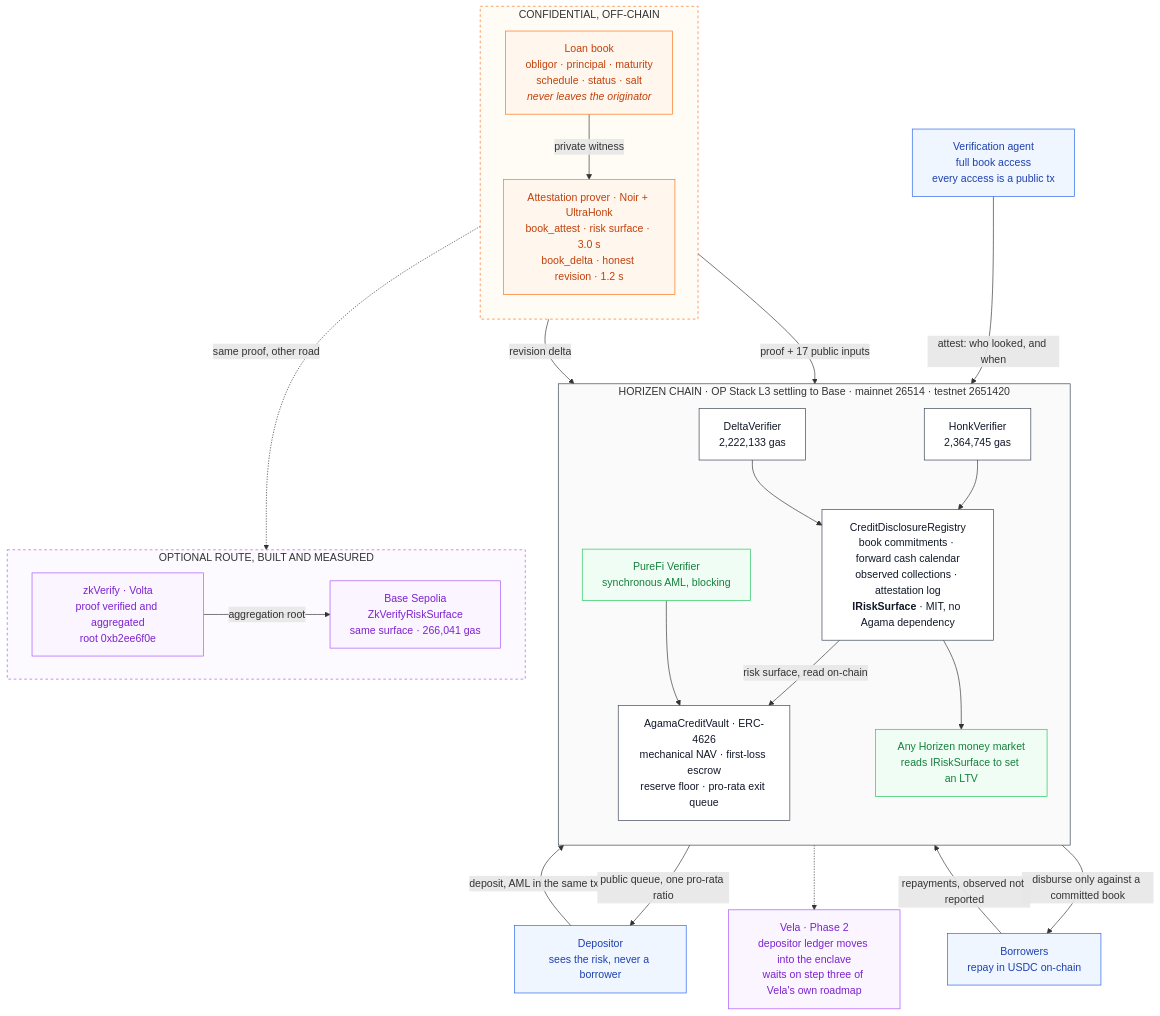
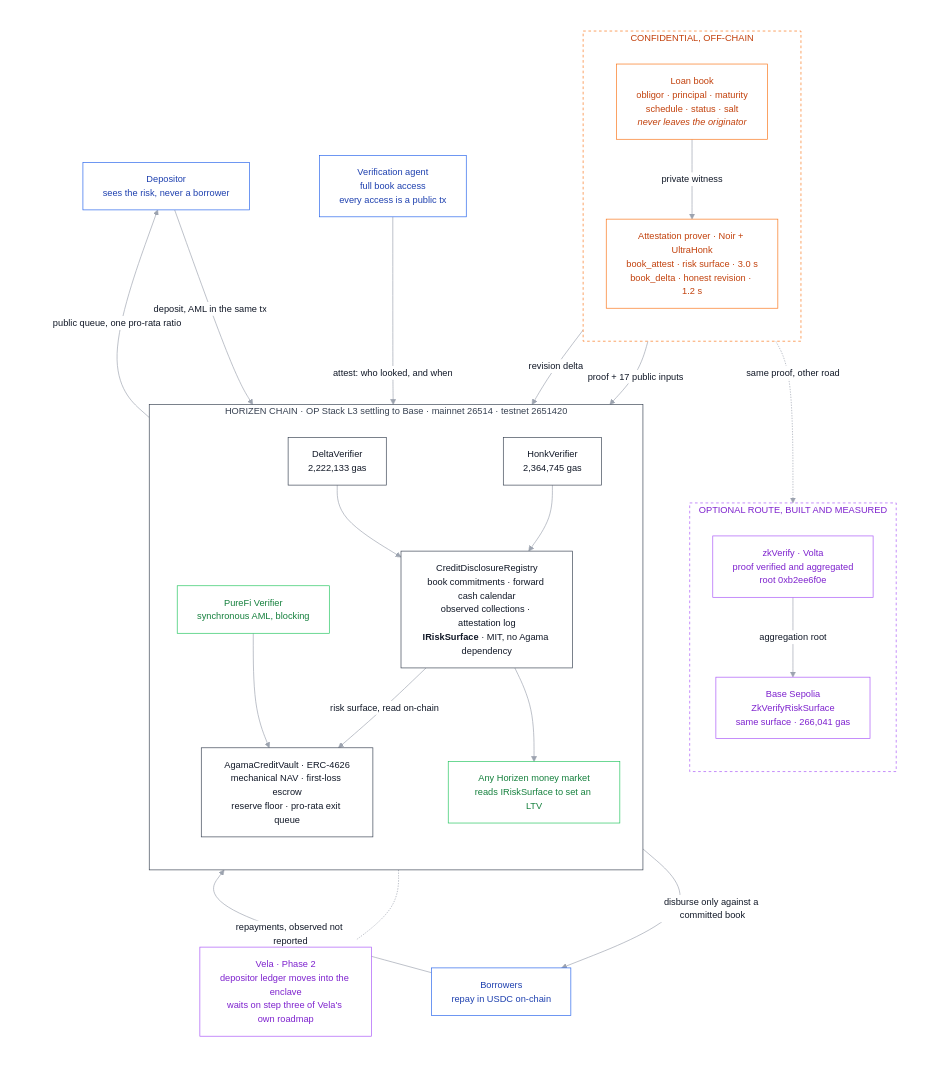
The diagram in README.md (agamafinance/agama-horizen), drawn with Mermaid before and after one commit.

Commit message:
README: one white canvas for the flowchart
GitHub dark mode rendered each subgraph as a separate white rectangle on
black, with unreadable edge labels. Everything now sits inside a single
white group, borders carry the grouping instead of fills.

````diff
--- a/README.md
+++ b/README.md
@@ -50,66 +50,70 @@
 ```mermaid
+%%{init: {'theme':'base','themeVariables':{'background':'#ffffff','primaryColor':'#ffffff','primaryTextColor':'#111827','primaryBorderColor':'#374151','lineColor':'#9ca3af','edgeLabelBackground':'#ffffff','tertiaryColor':'#ffffff','clusterBkg':'#ffffff','clusterBorder':'#d1d5db','titleColor':'#111827','fontSize':'14px'}}}%%
 flowchart TB
+  subgraph canvas[" "]
+    direction TB
+
     subgraph offchain["CONFIDENTIAL, OFF-CHAIN"]
-        direction TB
-        BOOK["Loan book<br/>obligor · principal · maturity<br/>schedule · status · salt<br/><i>never leaves the originator</i>"]
-        PROVER["Attestation prover · Noir + UltraHonk<br/>book_attest · risk surface · 3.0 s<br/>book_delta · honest revision · 1.2 s"]
-        BOOK -->|"private witness"| PROVER
+      direction TB
+      BOOK["Loan book<br/>obligor · principal · maturity<br/>schedule · status · salt<br/><i>never leaves the originator</i>"]
+      PROVER["Attestation prover · Noir + UltraHonk<br/>book_attest · risk surface · 3.0 s<br/>book_delta · honest revision · 1.2 s"]
+      BOOK -->|"private witness"| PROVER
     end
 
     subgraph horizen["HORIZEN CHAIN · OP Stack L3 settling to Base · mainnet 26514 · testnet 2651420"]
-        direction TB
-        HONK["HonkVerifier<br/>2,364,745 gas"]
-        DELTA["DeltaVerifier<br/>2,222,133 gas"]
-        REGISTRY["CreditDisclosureRegistry<br/>book commitments · forward cash calendar<br/>observed collections · attestation log<br/><b>IRiskSurface</b> · MIT, no Agama dependency"]
-        VAULT["AgamaCreditVault · ERC-4626<br/>mechanical NAV · first-loss escrow<br/>reserve floor · pro-rata exit queue"]
-        PUREFI["PureFi Verifier<br/>synchronous AML, blocking"]
-        MARKET["Any Horizen money market<br/>reads IRiskSurface to set an LTV"]
+      direction TB
+      HONK["HonkVerifier<br/>2,364,745 gas"]
+      DELTA["DeltaVerifier<br/>2,222,133 gas"]
+      REGISTRY["CreditDisclosureRegistry<br/>book commitments · forward cash calendar<br/>observed collections · attestation log<br/><b>IRiskSurface</b> · MIT, no Agama dependency"]
+      VAULT["AgamaCreditVault · ERC-4626<br/>mechanical NAV · first-loss escrow<br/>reserve floor · pro-rata exit queue"]
+      PUREFI["PureFi Verifier<br/>synchronous AML, blocking"]
+      MARKET["Any Horizen money market<br/>reads IRiskSurface to set an LTV"]
 
-        HONK --> REGISTRY
-        DELTA --> REGISTRY
-        REGISTRY -->|"risk surface, read on-chain"| VAULT
-        REGISTRY --> MARKET
-        PUREFI --> VAULT
+      HONK --> REGISTRY
+      DELTA --> REGISTRY
+      REGISTRY -->|"risk surface, read on-chain"| VAULT
+      REGISTRY --> MARKET
+      PUREFI --> VAULT
+    end
+
+    subgraph optional["OPTIONAL ROUTE, BUILT AND MEASURED"]
+      direction TB
+      ZKV["zkVerify · Volta<br/>proof verified and aggregated<br/>root 0xb2ee6f0e"]
+      BASESEP["Base Sepolia<br/>ZkVerifyRiskSurface<br/>same surface · 266,041 gas"]
+      ZKV -->|"aggregation root"| BASESEP
     end
 
     DEPOSITOR["Depositor<br/>sees the risk, never a borrower"]
     BORROWER["Borrowers<br/>repay in USDC on-chain"]
     AGENT["Verification agent<br/>full book access<br/>every access is a public tx"]
-
-    subgraph optional["OPTIONAL ROUTE, BUILT AND MEASURED"]
-        direction LR
-        ZKV["zkVerify · Volta<br/>proof verified and aggregated<br/>root 0xb2ee6f0e"]
-        BASESEP["Base Sepolia<br/>ZkVerifyRiskSurface<br/>same surface · 266,041 gas"]
-        ZKV -->|"aggregation root"| BASESEP
-    end
-
     VELA["Vela · Phase 2<br/>depositor ledger moves into the enclave<br/>waits on step three of Vela's own roadmap"]
 
     PROVER -->|"proof + 17 public inputs"| HONK
     PROVER -->|"revision delta"| DELTA
     PROVER -.->|"same proof, other road"| ZKV
 
     DEPOSITOR -->|"deposit, AML in the same tx"| PUREFI
     VAULT -->|"public queue, one pro-rata ratio"| DEPOSITOR
     VAULT -->|"disburse only against a committed book"| BORROWER
     BORROWER -->|"repayments, observed not reported"| REGISTRY
     AGENT -->|"attest: who looked, and when"| REGISTRY
+    VAULT -.-> VELA
+  end
 
-    VAULT -.-> VELA
+  classDef integration fill:#ffffff,stroke:#22c55e,color:#15803d
+  classDef core fill:#ffffff,stroke:#374151,color:#111827
+  classDef offchainStyle fill:#ffffff,stroke:#f97316,color:#c2410c
+  classDef feed fill:#ffffff,stroke:#a855f7,color:#7e22ce
+  classDef actor fill:#ffffff,stroke:#2563eb,color:#1e40af
 
-    classDef integration fill:#f0fdf4,stroke:#22c55e,color:#15803d
-    classDef core fill:#ffffff,stroke:#374151,color:#111827
-    classDef offchainStyle fill:#fff7ed,stroke:#f97316,color:#c2410c
-    classDef feed fill:#faf5ff,stroke:#a855f7,color:#7e22ce
-    classDef actor fill:#eff6ff,stroke:#2563eb,color:#1e40af
+  class DEPOSITOR,BORROWER,AGENT actor
+  class PUREFI,MARKET integration
+  class HONK,DELTA,REGISTRY,VAULT core
+  class BOOK,PROVER offchainStyle
+  class ZKV,BASESEP,VELA feed
 
-    class DEPOSITOR,BORROWER,AGENT actor
-    class PUREFI,MARKET integration
-    class HONK,DELTA,REGISTRY,VAULT core
-    class BOOK,PROVER offchainStyle
-    class ZKV,BASESEP,VELA feed
-
-    style offchain fill:#fffbf5,stroke:#f97316,stroke-dasharray:4 4
-    style horizen fill:#fafafa,stroke:#374151
-    style optional fill:#fdfaff,stroke:#a855f7,stroke-dasharray:4 4
+  style canvas fill:#ffffff,stroke:#ffffff,color:#ffffff
+  style offchain fill:#ffffff,stroke:#f97316,stroke-dasharray:4 4,color:#c2410c
+  style horizen fill:#ffffff,stroke:#374151,color:#374151
+  style optional fill:#ffffff,stroke:#a855f7,stroke-dasharray:4 4,color:#7e22ce
 ```
````
